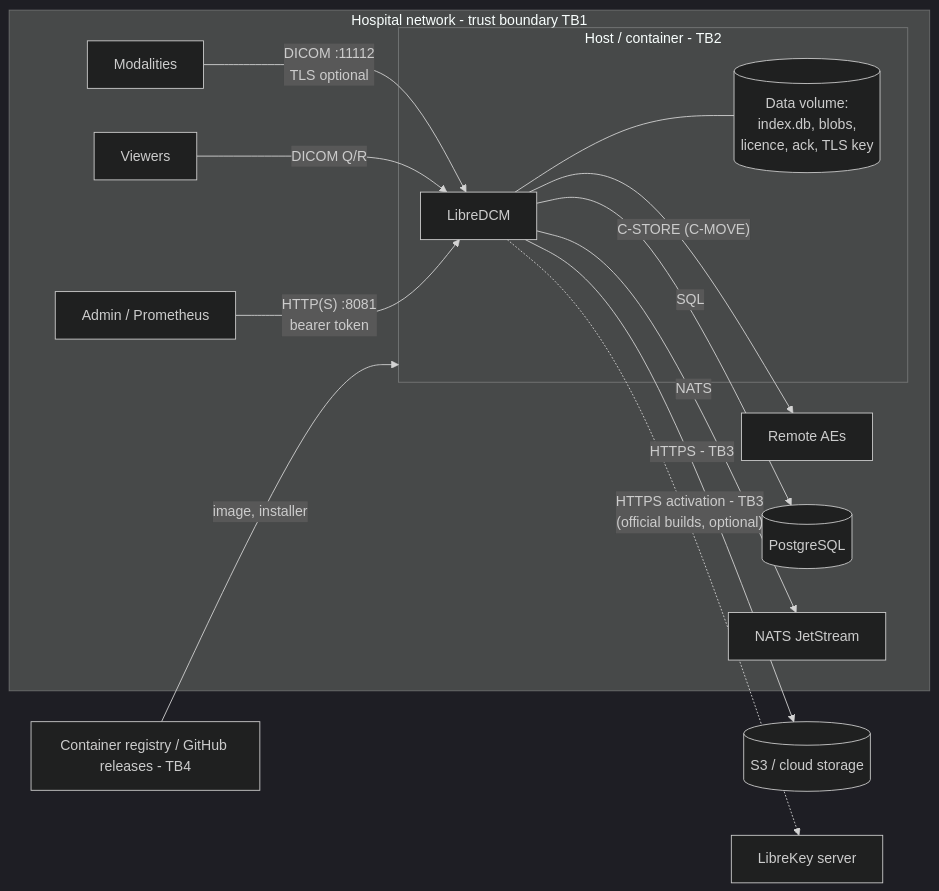
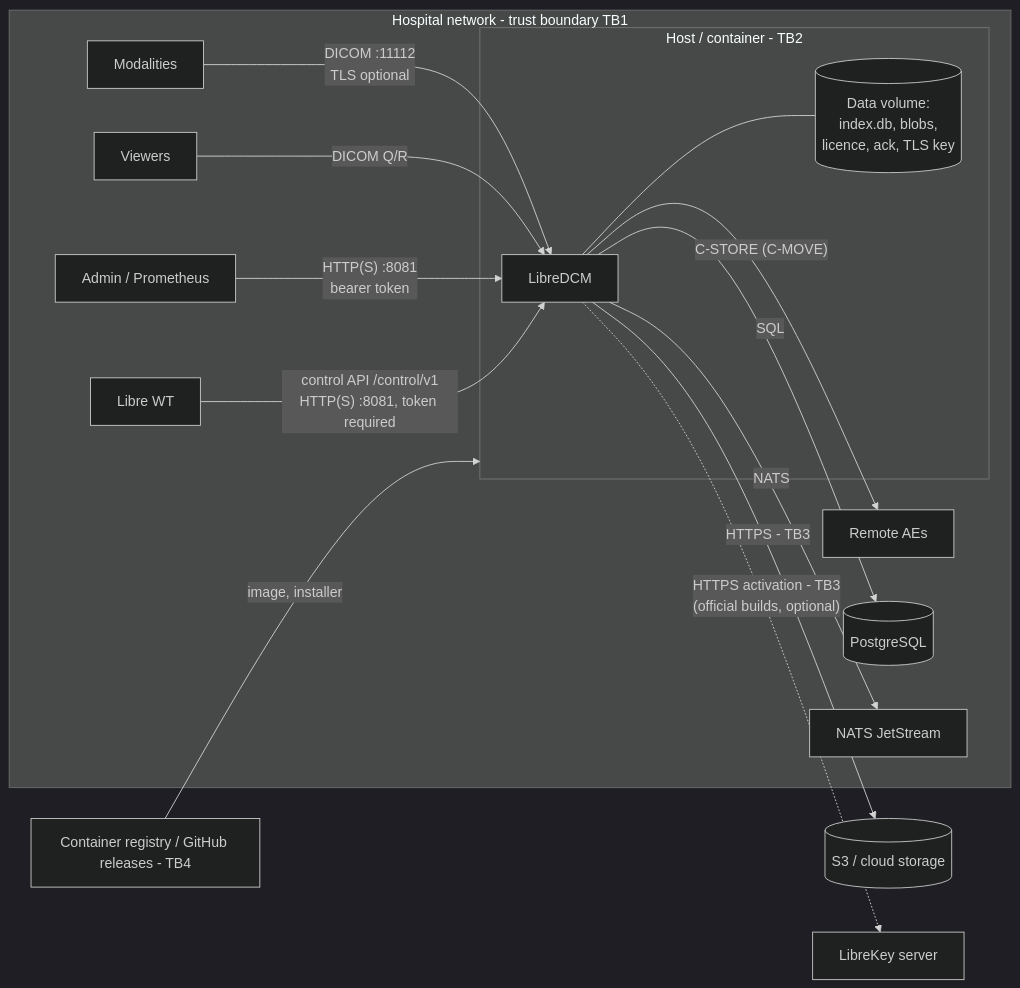
One commit to mulcahyio/libre-rws changed the diagram in docs/dhf/libredcm/cybersecurity.md. Above: the diagram before and after it, drawn with Mermaid (dark theme). The commit also changed other lines of this file and 32 other files, not shown here.

First line of the commit message:
Patient ID conflict control (HAZ-013, fixes ANOM-002/009): detect in the index transaction, quarantine/reject/accept_separate, hidden/flagged visibility, optional B000_ coercion with Original Attributes Sequence, control API for Libre WT, DCM-SRS-070…079 (issue #14)

````diff
--- a/docs/dhf/libredcm/cybersecurity.md
+++ b/docs/dhf/libredcm/cybersecurity.md
@@ -23,19 +23,20 @@
 ```mermaid
 flowchart LR
   subgraph HN[Hospital network - trust boundary TB1]
     MOD[Modalities] -- "DICOM :11112<br/>TLS optional" --> DCM
     VIEW[Viewers] -- "DICOM Q/R" --> DCM
     DCM -- "C-STORE (C-MOVE)" --> DEST[Remote AEs]
     ADM[Admin / Prometheus] -- "HTTP(S) :8081<br/>bearer token" --> DCM
+    WT[Libre WT] -- "control API /control/v1<br/>HTTP(S) :8081, token required" --> DCM
     subgraph HOST[Host / container - TB2]
       DCM[LibreDCM]
       VOL[(Data volume:<br/>index.db, blobs,<br/>licence, ack, TLS key)]
       DCM --- VOL
     end
     DCM -- "SQL" --> PG[(PostgreSQL)]
     DCM -- "NATS" --> BUS[NATS JetStream]
   end
   DCM -- "HTTPS - TB3" --> S3[(S3 / cloud storage)]
   DCM -. "HTTPS activation - TB3<br/>(official builds, optional)" .-> LK[LibreKey server]
   REG[Container registry / GitHub releases - TB4] -- "image, installer" --> HOST
 ```
````
